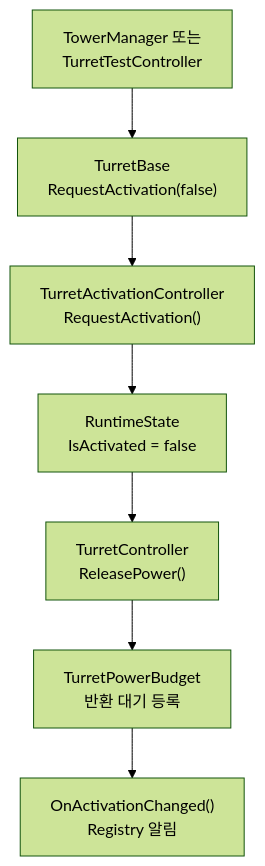
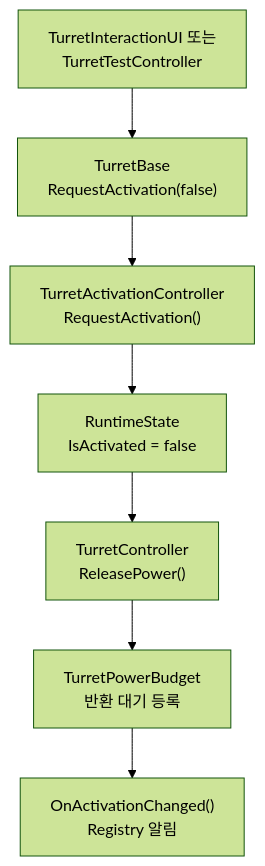
One commit to Team-HJD-21/unity-6-the-developer changed the sixth of 15 diagrams in Docs/architecture/turret-system-guide.md. Above: the diagram before and after it, drawn with Mermaid (forest theme). The commit also changed other lines of this file and 75 other files, not shown here.

````diff
--- a/Docs/architecture/turret-system-guide.md
+++ b/Docs/architecture/turret-system-guide.md
@@ -319,9 +330,9 @@
 ```mermaid
 flowchart TD
-    Request["TowerManager 또는<br>TurretTestController"] --> Base["TurretBase<br>RequestActivation(false)"]
+    Request["TurretInteractionUI 또는<br>TurretTestController"] --> Base["TurretBase<br>RequestActivation(false)"]
     Base --> Controller["TurretActivationController<br>RequestActivation()"]
     Controller --> Off["RuntimeState<br>IsActivated = false"]
     Off --> Source["TurretController<br>ReleasePower()"]
     Source --> Release["TurretPowerBudget<br>반환 대기 등록"]
     Release --> Notify["OnActivationChanged()<br>Registry 알림"]
 ```
````
